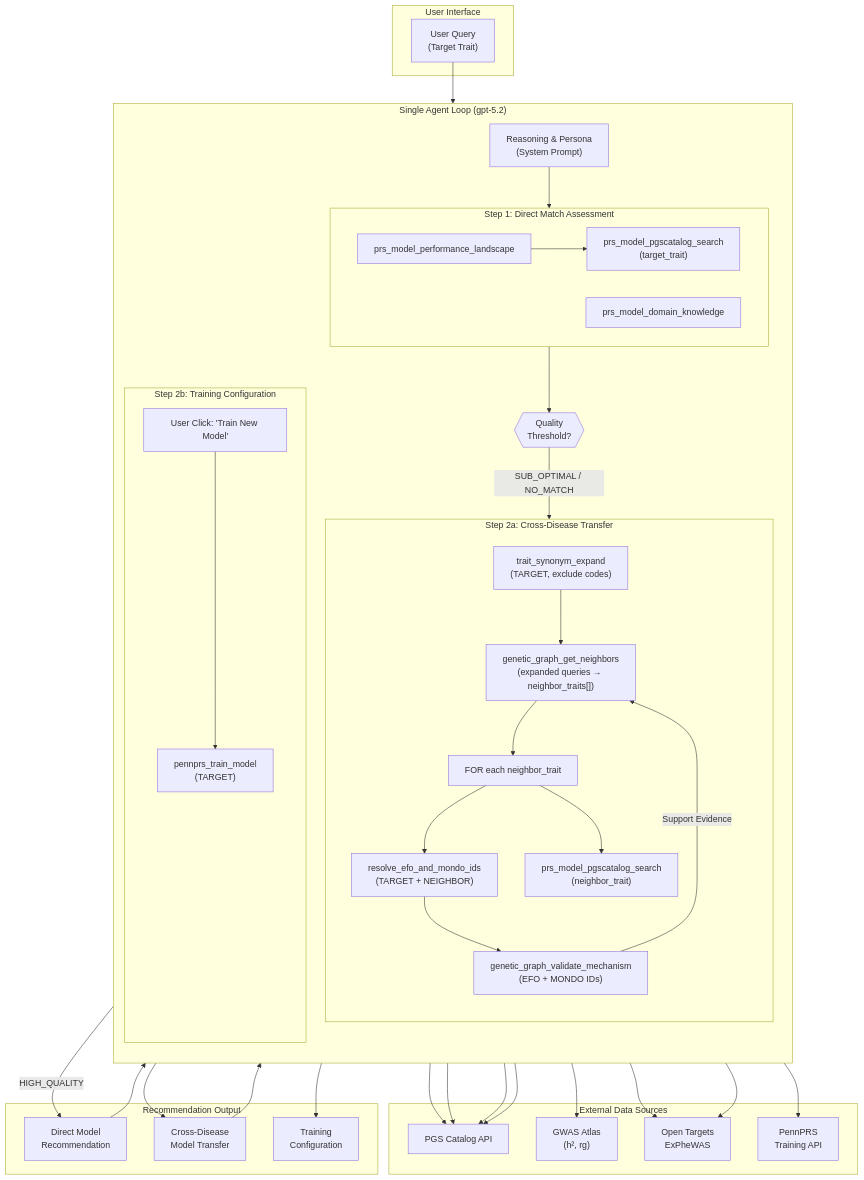
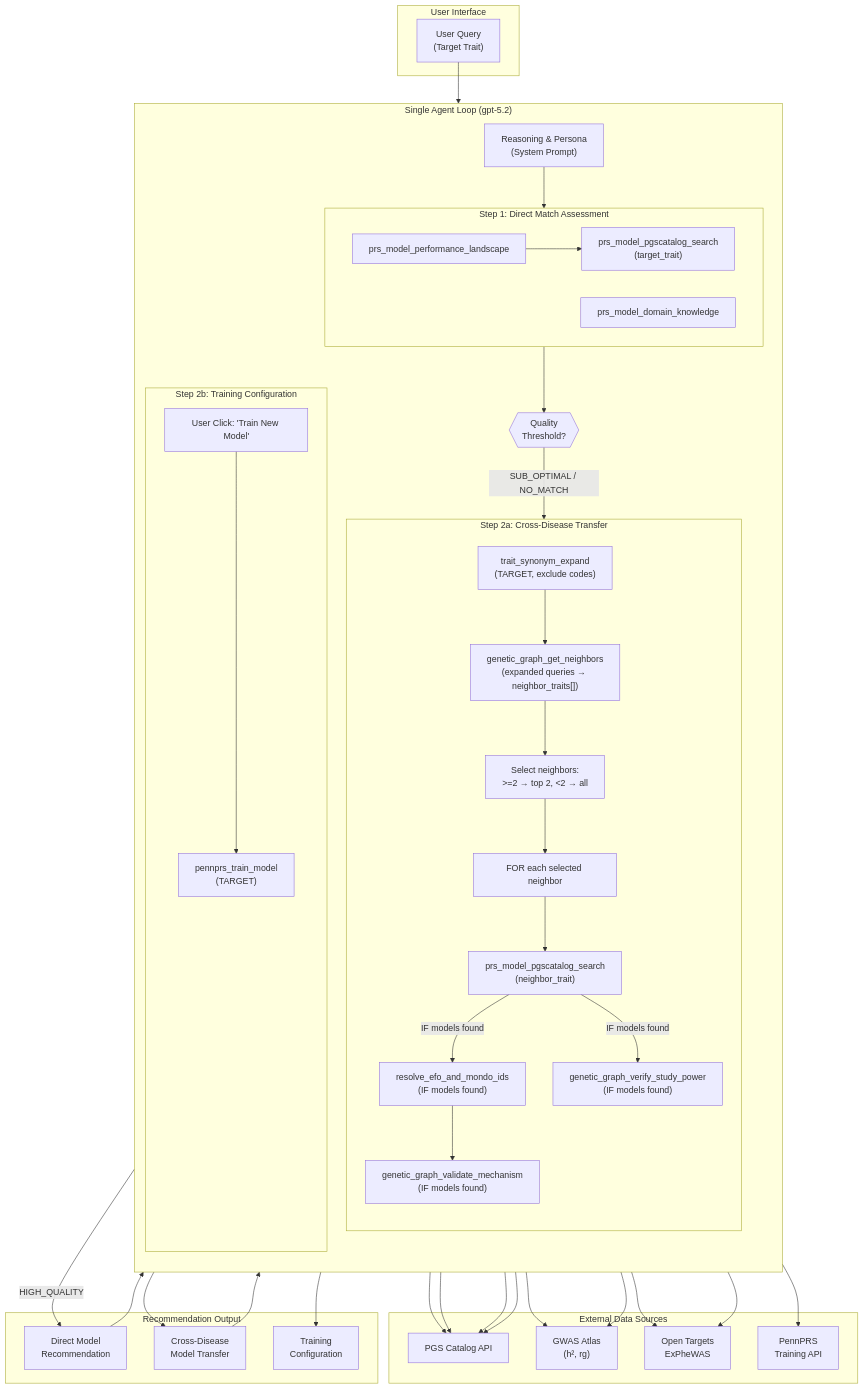
The diagram in .agent/blueprints/sop.md (ZhaoqianXue/PennPRS-Agent-Dec2024), drawn with Mermaid before and after one commit. The commit also changed other lines of this file and 45 other files, not shown here.

````diff
--- a/.agent/blueprints/sop.md
+++ b/.agent/blueprints/sop.md
@@ -70,78 +70,82 @@
 ```mermaid
 flowchart TB
     subgraph UserInterface["User Interface"]
         Query["User Query<br/>(Target Trait)"]
     end
 
     subgraph AgentCore["Single Agent Loop (gpt-5.2)"]
         direction TB
         Reasoning["Reasoning & Persona<br/>(System Prompt)"]
         
         subgraph Step1["Step 1: Direct Match Assessment"]
             direction LR
             S1_Search["prs_model_pgscatalog_search<br/>(target_trait)"]
             S1_Knowledge["prs_model_domain_knowledge"]
             S1_Landscape["prs_model_performance_landscape"]
         end
         
         Decision1{{"Quality<br/>Threshold?"}}
         
         subgraph Step2a["Step 2a: Cross-Disease Transfer"]
             direction TB
             S2a_Synonym["trait_synonym_expand<br/>(TARGET, exclude codes)"]
             S2a_Neighbors["genetic_graph_get_neighbors<br/>(expanded queries → neighbor_traits[])"]
-            S2a_Loop["FOR each neighbor_trait"]
-            S2a_Resolve["resolve_efo_and_mondo_ids<br/>(TARGET + NEIGHBOR)"]
-            S2a_Validate["genetic_graph_validate_mechanism<br/>(EFO + MONDO IDs)"]
+            S2a_Select["Select neighbors:<br/>>=2 → top 2, <2 → all"]
+            S2a_Loop["FOR each selected neighbor"]
             S2a_Search["prs_model_pgscatalog_search<br/>(neighbor_trait)"]
+            S2a_Resolve["resolve_efo_and_mondo_ids<br/>(IF models found)"]
+            S2a_Validate["genetic_graph_validate_mechanism<br/>(IF models found)"]
+            S2a_Verify["genetic_graph_verify_study_power<br/>(IF models found)"]
             S2a_Synonym --> S2a_Neighbors
-            S2a_Neighbors --> S2a_Loop
-            S2a_Loop --> S2a_Resolve
+            S2a_Neighbors --> S2a_Select
+            S2a_Select --> S2a_Loop
+            S2a_Loop --> S2a_Search
+            S2a_Search -->|"IF models found"| S2a_Resolve
             S2a_Resolve --> S2a_Validate
-            S2a_Loop --> S2a_Search
+            S2a_Search -->|"IF models found"| S2a_Verify
         end
         
         subgraph Step2b["Step 2b: Training Configuration"]
             S2b_Trigger["User Click: 'Train New Model'"]
             S2b_Train["pennprs_train_model<br/>(TARGET)"]
         end
     end
 
     subgraph ExternalData["External Data Sources"]
         PGS["PGS Catalog API"]
         GWAS["GWAS Atlas<br/>(h², rg)"]
         OpenTargets["Open Targets<br/>ExPheWAS"]
         PennPRS["PennPRS<br/>Training API"]
     end
 
     subgraph Output["Recommendation Output"]
         Direct["Direct Model<br/>Recommendation"]
         CrossDisease["Cross-Disease<br/>Model Transfer"]
         TrainNew["Training<br/>Configuration"]
     end
 
     Query --> Reasoning
     Reasoning --> Step1
     S1_Search --> PGS
     S1_Knowledge --> PGS
     S1_Landscape --> S1_Search
     
     Step1 --> Decision1
     Decision1 -->|"HIGH_QUALITY"| Direct
     Decision1 -->|"SUB_OPTIMAL / NO_MATCH"| Step2a
     
     S2a_Neighbors --> GWAS
+    S2a_Search --> PGS
     S2a_Resolve --> PGS
     S2a_Resolve --> OpenTargets
     S2a_Validate --> OpenTargets
-    S2a_Validate -->|"Support Evidence"| S2a_Neighbors
-    S2a_Search --> PGS
+    S2a_Verify --> GWAS
     
     Step2a --> CrossDisease
     
     Direct --> S2b_Trigger
     CrossDisease --> S2b_Trigger
     S2b_Trigger --> S2b_Train
     S2b_Train --> PennPRS
     S2b_Train --> TrainNew
 ```
````
